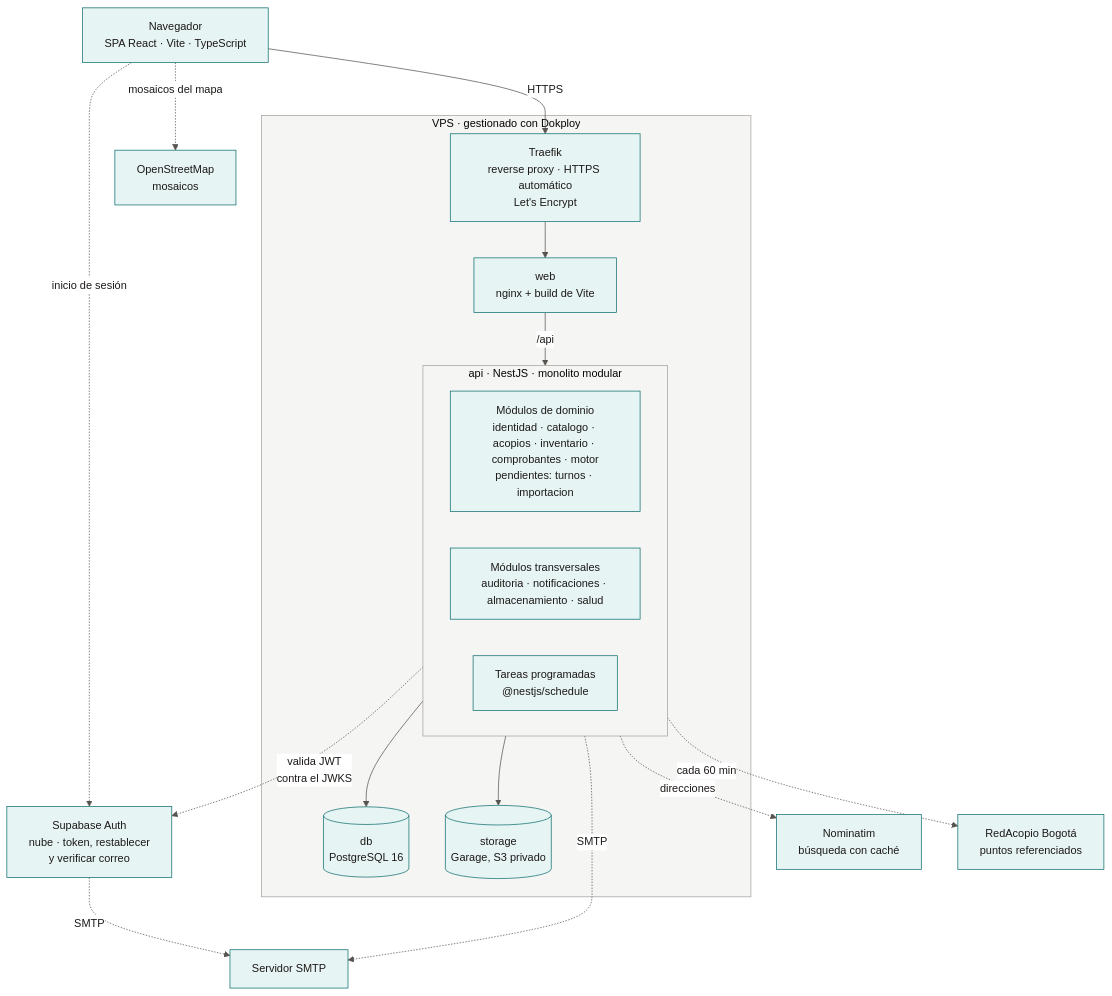
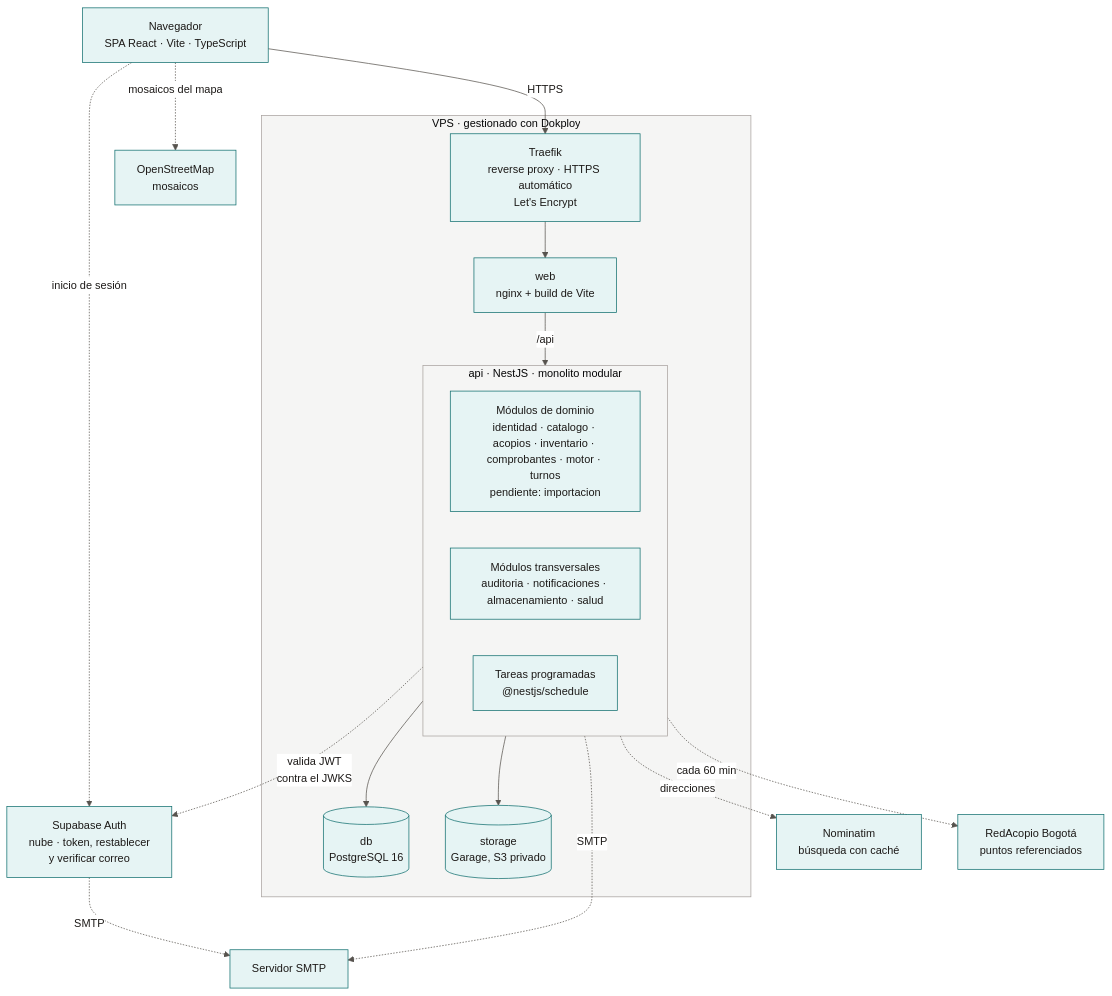
The diagram in docs/02-arquitectura/diagramas/mmd/arquitectura-02-contenedores.mmd (Proyecto-IngSoftware/acopio), drawn with Mermaid before and after one commit. The commit also changed 24 other files, not shown here.

Commit message:
Diagramas: turnos en el diagrama de paquetes y PNG regenerados

```diff
--- a/docs/02-arquitectura/diagramas/mmd/arquitectura-02-contenedores.mmd
+++ b/docs/02-arquitectura/diagramas/mmd/arquitectura-02-contenedores.mmd
@@ -1,30 +1,30 @@
 %%{init: {"theme":"base","themeVariables":{"fontFamily":"Inter, Segoe UI, Arial, sans-serif","fontSize":"15px","primaryColor":"#E6F4F4","primaryTextColor":"#1C1917","primaryBorderColor":"#0F6E6E","secondaryColor":"#C7E8E8","tertiaryColor":"#FAFAF9","lineColor":"#57534E","textColor":"#1C1917","mainBkg":"#E6F4F4","nodeBorder":"#0F6E6E","clusterBkg":"#F5F5F4","clusterBorder":"#A8A29E","edgeLabelBackground":"#FFFFFF","attributeBackgroundColorOdd":"#FFFFFF","attributeBackgroundColorEven":"#F5F5F4"},"er":{"useMaxWidth":false},"flowchart":{"useMaxWidth":false,"htmlLabels":true,"curve":"basis"}}}%%
 flowchart TB
     Cliente["Navegador<br/>SPA React · Vite · TypeScript"] -->|HTTPS| Traefik
     Cliente -.->|"inicio de sesión"| SupabaseAuth["Supabase Auth<br/>nube · token, restablecer<br/>y verificar correo"]
     Cliente -.->|"mosaicos del mapa"| OSM["OpenStreetMap<br/>mosaicos"]
 
     subgraph VPS["VPS · gestionado con Dokploy"]
         Traefik["Traefik<br/>reverse proxy · HTTPS automático<br/>Let's Encrypt"]
         Web["web<br/>nginx + build de Vite"]
 
         subgraph API["api · NestJS · monolito modular"]
-            Dominio["Módulos de dominio<br/>identidad · catalogo · acopios · inventario · comprobantes · motor<br/>pendientes: turnos · importacion"]
+            Dominio["Módulos de dominio<br/>identidad · catalogo · acopios · inventario · comprobantes · motor · turnos<br/>pendiente: importacion"]
             Transversales["Módulos transversales<br/>auditoria · notificaciones · almacenamiento · salud"]
             Tareas["Tareas programadas<br/>@nestjs/schedule"]
         end
 
         DB[("db<br/>PostgreSQL 16")]
         Storage[("storage<br/>Garage, S3 privado")]
 
         Traefik --> Web
         Web -->|"/api"| API
         API --> DB
         API --> Storage
     end
 
     API -.->|"valida JWT<br/>contra el JWKS"| SupabaseAuth
     API -.->|SMTP| SMTP["Servidor SMTP"]
     SupabaseAuth -.->|SMTP| SMTP
     API -.->|"direcciones"| Nominatim["Nominatim<br/>búsqueda con caché"]
     API -.->|"cada 60 min"| RedAcopio["RedAcopio Bogotá<br/>puntos referenciados"]
```
